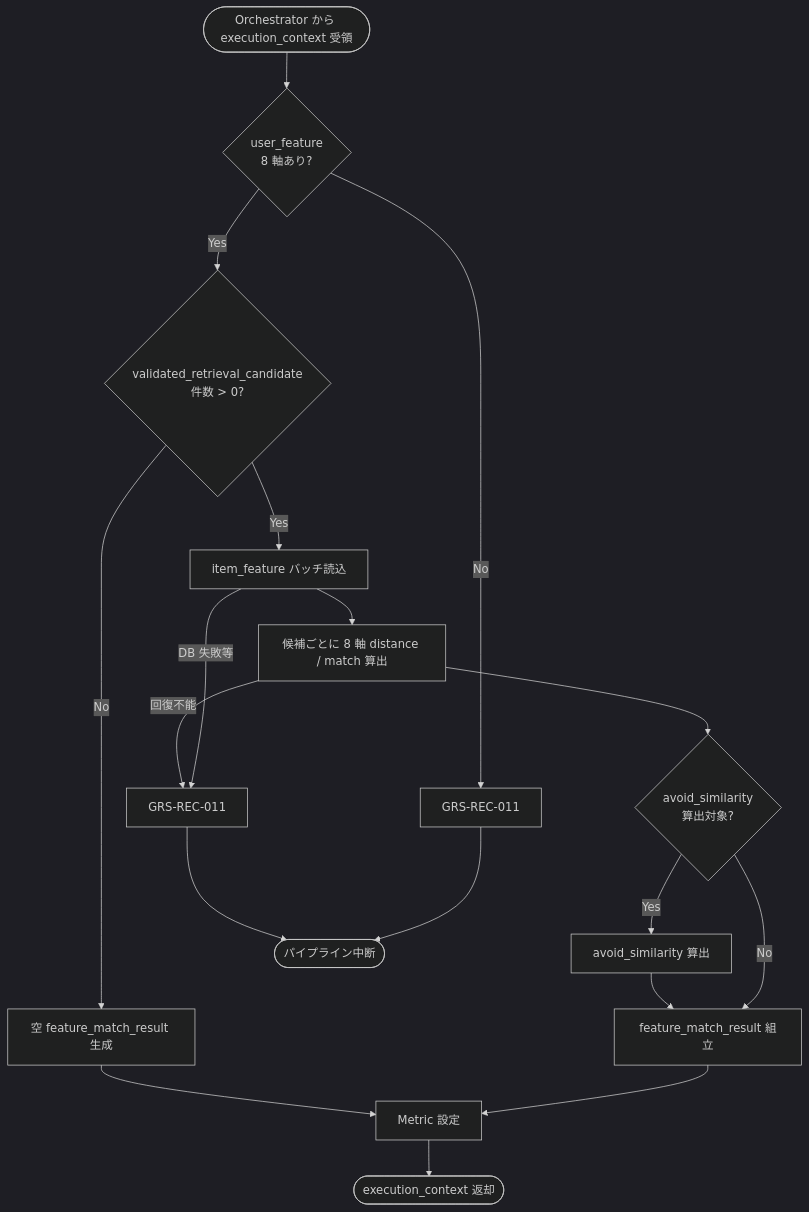
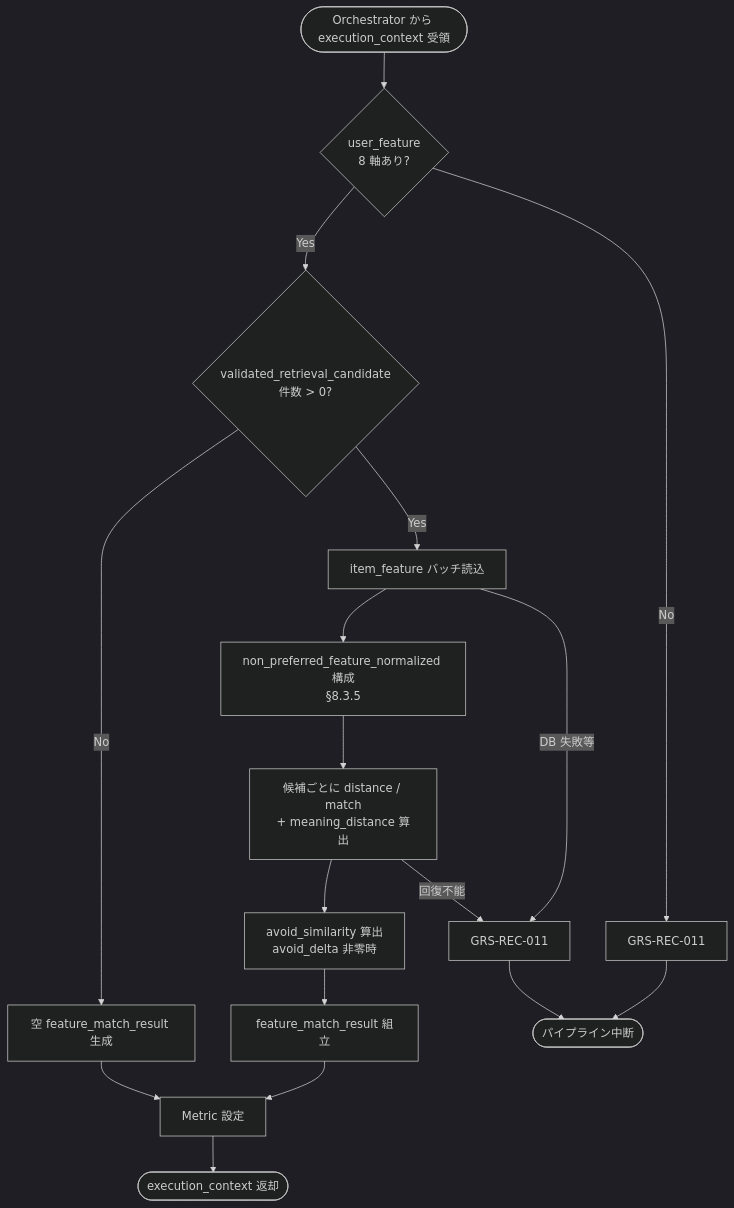
Before and after one commit to ryo-chan-k6/GiftRecommendAPP_MVP_CYCLE_3: the diagram in docs/06_実装設計/reco/MOD-RECO-014_Feature Matcherモジュール仕様書.md, drawn with Mermaid (dark theme). The commit also changed other lines of this file and 1 other file, not shown here.

````diff
--- a/docs/06_実装設計/reco/MOD-RECO-014_Feature Matcherモジュール仕様書.md
+++ b/docs/06_実装設計/reco/MOD-RECO-014_Feature Matcherモジュール仕様書.md
@@ -184,21 +187,20 @@
 ```mermaid
 flowchart TD
     START([Orchestrator から execution_context 受領]) --> CHECK_UF{user_feature\n8 軸あり?}
     CHECK_UF -->|No| ERR_UF[GRS-REC-011]
     CHECK_UF -->|Yes| CHECK_C{validated_retrieval_candidate\n件数 > 0?}
     CHECK_C -->|No| EMPTY[空 feature_match_result 生成]
     CHECK_C -->|Yes| LOAD[item_feature バッチ読込]
-    LOAD --> LOOP[候補ごとに 8 軸 distance / match 算出]
-    LOOP --> OPT{avoid_similarity\n算出対象?}
-    OPT -->|Yes| AVOID[avoid_similarity 算出]
-    OPT -->|No| BUILD[feature_match_result 組立]
-    AVOID --> BUILD
+    LOAD --> NP[non_preferred_feature_normalized 構成<br/>§8.3.5]
+    NP --> LOOP[候補ごとに distance / match<br/>+ meaning_distance 算出]
+    LOOP --> AVOID[avoid_similarity 算出<br/>avoid_delta 非零時]
+    AVOID --> BUILD[feature_match_result 組立]
     BUILD --> MET[Metric 設定]
     EMPTY --> MET
     MET --> SUCCESS([execution_context 返却])
 
     LOAD -->|DB 失敗等| ERR[GRS-REC-011]
     LOOP -->|回復不能| ERR
     ERR_UF --> FAIL([パイプライン中断])
     ERR --> FAIL
 ```
````
